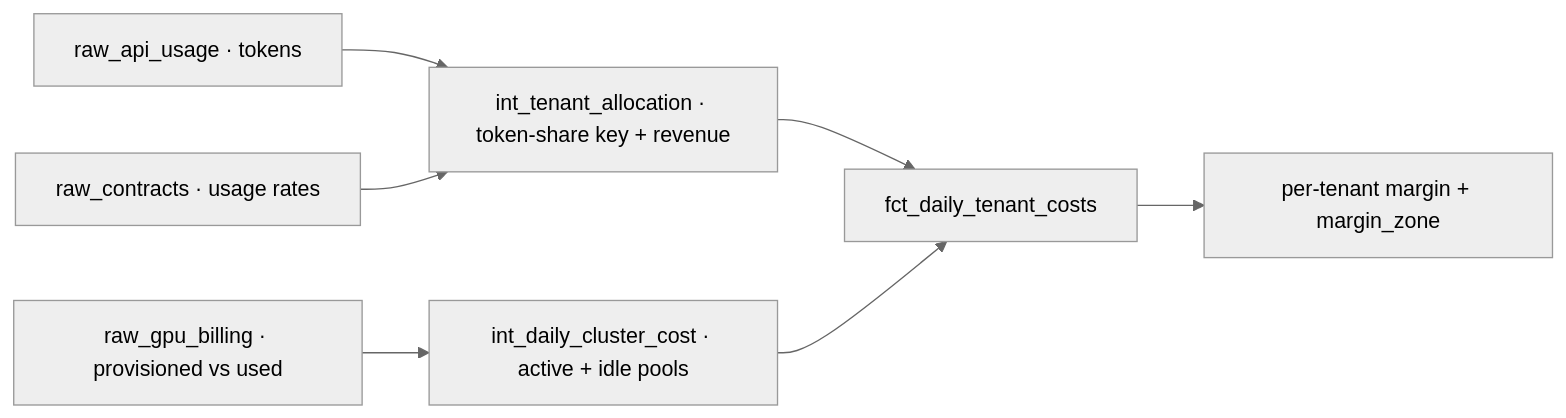
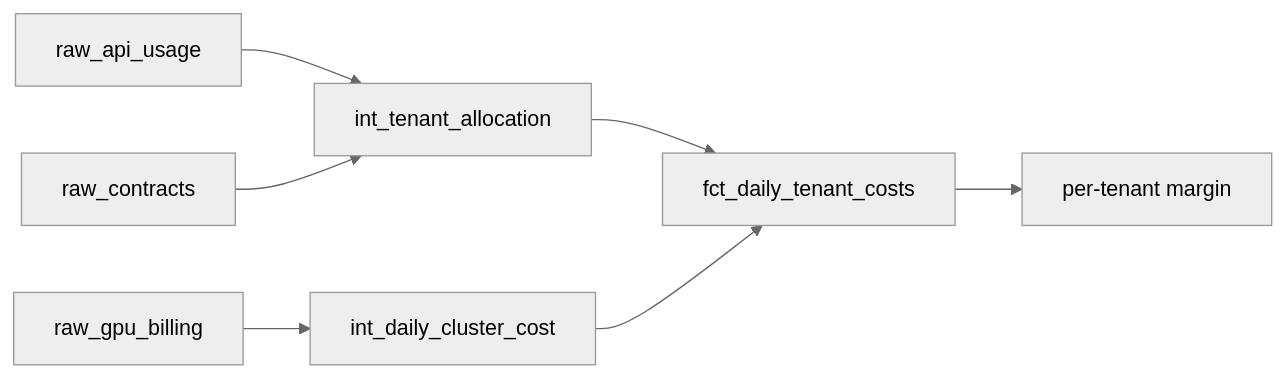
Before and after one commit to tjaiyensterling-debug/tj-finance-portfolio: the diagram in decks/gpu-cost-attribution.qmd, drawn with Mermaid (neutral theme). The commit also changed 2 other files, not shown here.

Commit message:
decks: fix Mermaid node-label overflow (shorten labels + contain SVG)
Long "· description" node labels overflowed their boxes in the flow diagrams. Shorten node
labels to concise names (descriptions already live in the slide prose); add a theme rule to
center and contain mermaid SVGs (max-width/height) so a diagram can never exceed the slide.

````diff
--- a/decks/gpu-cost-attribution.qmd
+++ b/decks/gpu-cost-attribution.qmd
@@ -31,9 +31,9 @@
 ```{mermaid}
 flowchart LR
-  U[raw_api_usage · tokens] --> A[int_tenant_allocation · token-share key + revenue]
-  B[raw_gpu_billing · provisioned vs used] --> C[int_daily_cluster_cost · active + idle pools]
-  K[raw_contracts · usage rates] --> A
+  U[raw_api_usage] --> A[int_tenant_allocation]
+  B[raw_gpu_billing] --> C[int_daily_cluster_cost]
+  K[raw_contracts] --> A
   A --> M[fct_daily_tenant_costs]
   C --> M
-  M --> Z[per-tenant margin + margin_zone]
+  M --> Z[per-tenant margin]
 ```
````
